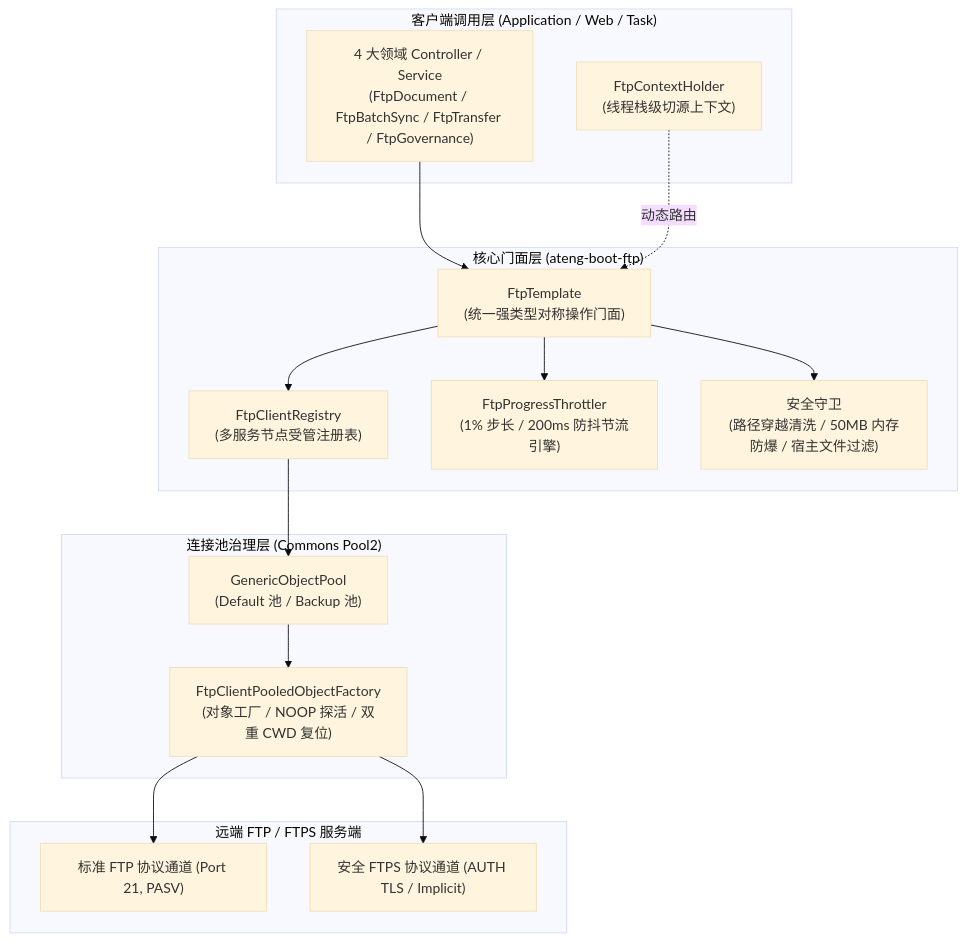
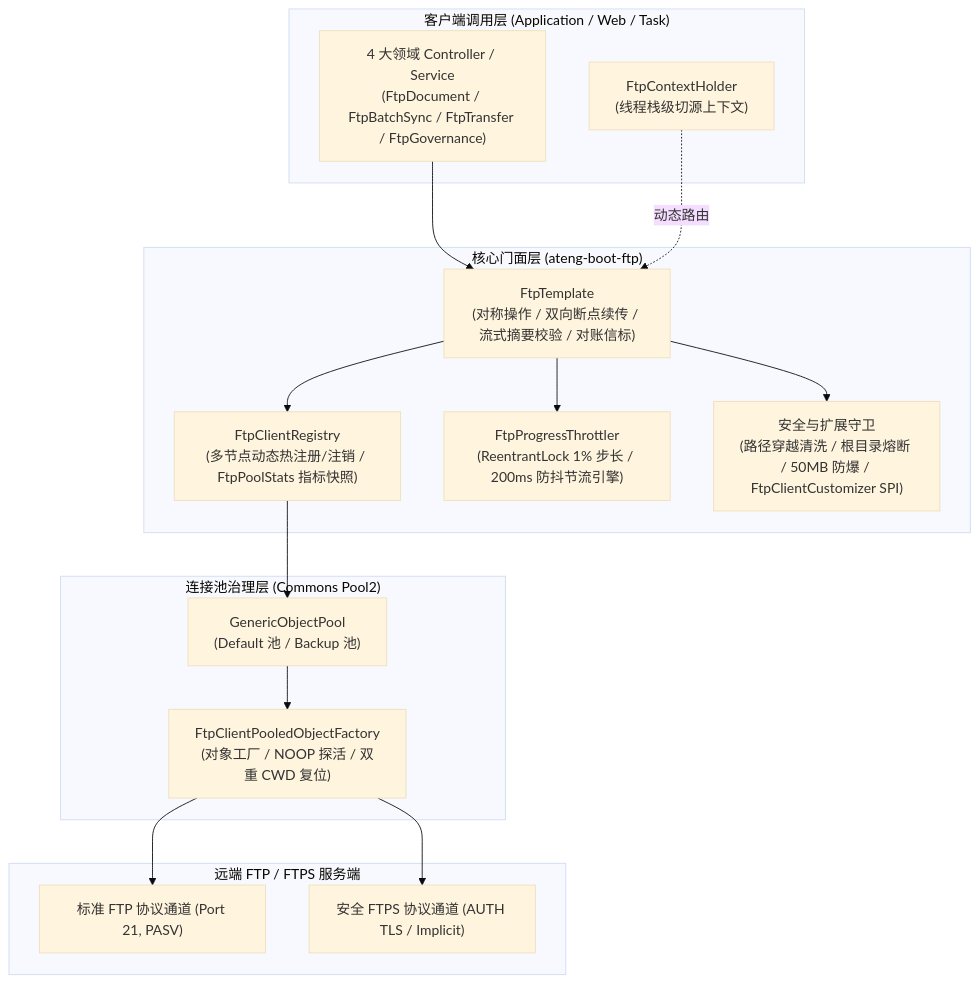
Before and after one commit to atengk/ateng-boot: the first of 3 diagrams in ateng-boot-ftp/README.md, drawn with Mermaid (base theme). The commit also changed other lines of this file and 5 other files, not shown here.

````diff
--- a/ateng-boot-ftp/README.md
+++ b/ateng-boot-ftp/README.md
@@ -101,34 +131,34 @@
 ```mermaid
 flowchart TD
     subgraph ClientLayer["客户端调用层 (Application / Web / Task)"]
         Ctrl["4 大领域 Controller / Service\n(FtpDocument / FtpBatchSync / FtpTransfer / FtpGovernance)"]
         Context["FtpContextHolder\n(线程栈级切源上下文)"]
     end
 
     subgraph FacadeLayer["核心门面层 (ateng-boot-ftp)"]
-        Template["FtpTemplate\n(统一强类型对称操作门面)"]
-        Registry["FtpClientRegistry\n(多服务节点受管注册表)"]
-        Throttler["FtpProgressThrottler\n(1% 步长 / 200ms 防抖节流引擎)"]
-        Guard["安全守卫\n(路径穿越清洗 / 50MB 内存防爆 / 宿主文件过滤)"]
+        Template["FtpTemplate\n(对称操作 / 双向断点续传 / 流式摘要校验 / 对账信标)"]
+        Registry["FtpClientRegistry\n(多节点动态热注册/注销 / FtpPoolStats 指标快照)"]
+        Throttler["FtpProgressThrottler\n(ReentrantLock 1% 步长 / 200ms 防抖节流引擎)"]
+        Guard["安全与扩展守卫\n(路径穿越清洗 / 根目录熔断 / 50MB 防爆 / FtpClientCustomizer SPI)"]
     end
 
     subgraph PoolLayer["连接池治理层 (Commons Pool2)"]
         Factory["FtpClientPooledObjectFactory\n(对象工厂 / NOOP 探活 / 双重 CWD 复位)"]
         Pool["GenericObjectPool<FTPClient>\n(Default 池 / Backup 池)"]
     end
 
     subgraph ServerLayer["远端 FTP / FTPS 服务端"]
         StandardFTP["标准 FTP 协议通道 (Port 21, PASV)"]
         EncryptedFTPS["安全 FTPS 协议通道 (AUTH TLS / Implicit)"]
     end
 
     Ctrl --> Template
     Context -. 动态路由 .-> Template
     Template --> Registry
     Registry --> Pool
     Pool --> Factory
     Factory --> StandardFTP
     Factory --> EncryptedFTPS
     Template --> Throttler
     Template --> Guard
 ```
````
